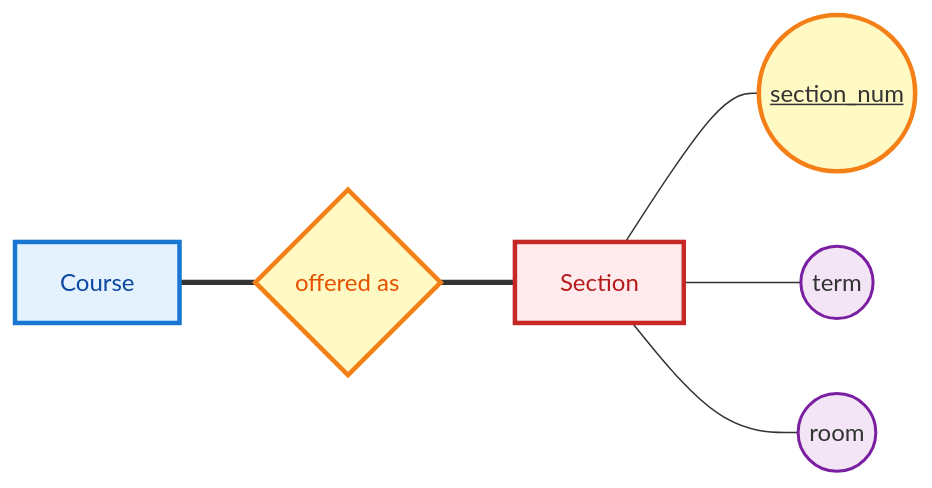
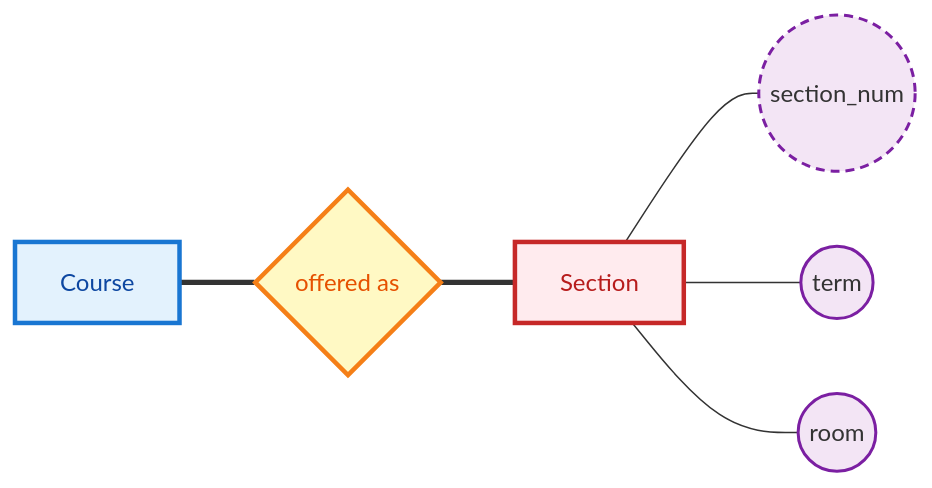
Before and after one commit to ufdatastudio/cop5725fa26: the fourth of 10 diagrams in lecture-outlines/day7-er-to-relations/slides.md, drawn with Mermaid. The commit also changed other lines of this file and 5 other files, not shown here.

First line of the commit message:
docs: apply the day 6 wording and partial-key conventions to day 7

````diff
--- a/lecture-outlines/day7-er-to-relations/slides.md
+++ b/lecture-outlines/day7-er-to-relations/slides.md
@@ -149,17 +149,17 @@
 ```mermaid
 graph LR
   C["Course"] === O{"offered as"} === Sec["<span class='weak-inner'>Section</span>"]
-  Sec --- SN(("<u>section_num</u>"))
+  Sec --- SN(("<span class='partial-key'>section_num</span>"))
   Sec --- T(("term"))
   Sec --- R(("room"))
   classDef entity fill:#e3f2fd,stroke:#1976d2,stroke-width:3px,color:#0d47a1
   classDef weak fill:#ffebee,stroke:#c62828,stroke-width:3px,color:#b71c1c
   classDef irel fill:#fff9c4,stroke:#f57f17,stroke-width:3px,color:#e65100
   classDef attr fill:#f3e5f5,stroke:#7b1fa2,stroke-width:2px
-  classDef key fill:#fff9c4,stroke:#f57f17,stroke-width:3px
+  classDef partkey fill:#f3e5f5,stroke:#7b1fa2,stroke-width:2px,stroke-dasharray:6 4
   class C entity
   class Sec weak
   class O irel
   class T,R attr
-  class SN key
+  class SN partkey
 ```
````
